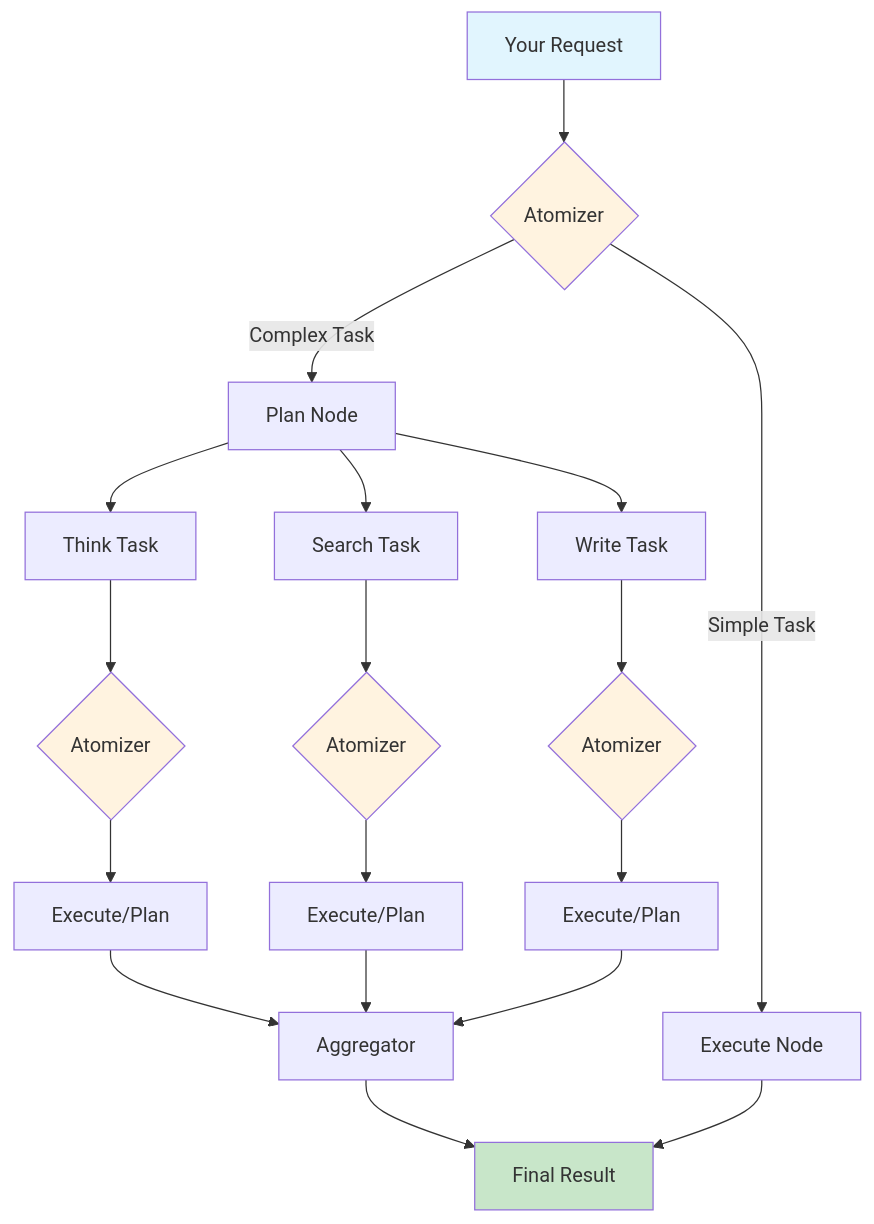
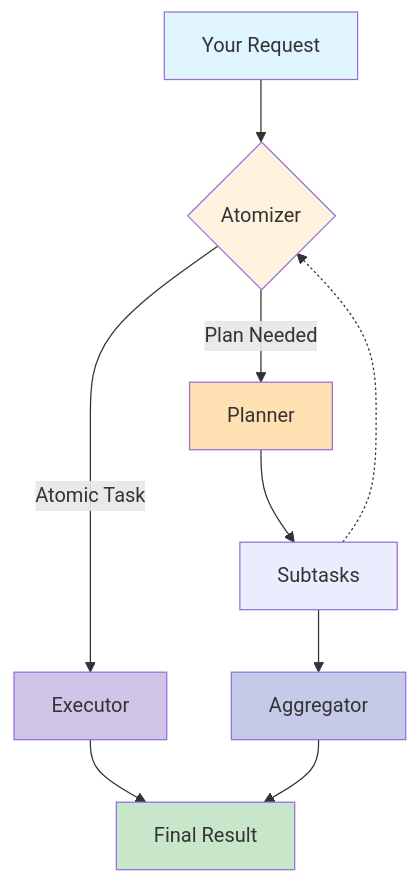
One commit to tulong66/ROMA changed the diagram in README.md. Above: the diagram before and after it, drawn with Mermaid. The commit also changed other lines of this file and 9 other files, not shown here.

````diff
--- a/README.md
+++ b/README.md
@@ -102,32 +98,25 @@
 ```mermaid
-graph TB
+flowchart TB
     A[Your Request] --> B{Atomizer}
-    B -->|Complex Task| C[Plan Node]
-    B -->|Simple Task| D[Execute Node]
-    
-    C --> E[Think Task]
-    C --> F[Search Task]
-    C --> G[Write Task]
-    
-    E --> B1{Atomizer}
-    F --> B2{Atomizer}
-    G --> B3{Atomizer}
-    
-    B1 --> H[Execute/Plan]
-    B2 --> I[Execute/Plan]
-    B3 --> J[Execute/Plan]
-    
-    H --> K[Aggregator]
-    I --> K
-    J --> K
-    
-    K --> L[Final Result]
-    D --> L
-    
+    B -->|Plan Needed| C[Planner]
+    B -->|Atomic Task| D[Executor]
+
+    %% Planner spawns subtasks
+    C --> E[Subtasks]
+    E --> G[Aggregator]
+
+    %% Recursion
+    E -.-> B  
+
+    %% Execution + Aggregation
+    D --> F[Final Result]
+    G --> F
+
     style A fill:#e1f5fe
-    style L fill:#c8e6c9
+    style F fill:#c8e6c9
     style B fill:#fff3e0
-    style B1 fill:#fff3e0
-    style B2 fill:#fff3e0
-    style B3 fill:#fff3e0
+    style C fill:#ffe0b2
+    style D fill:#d1c4e9
+    style G fill:#c5cae9
+
 ```
````
